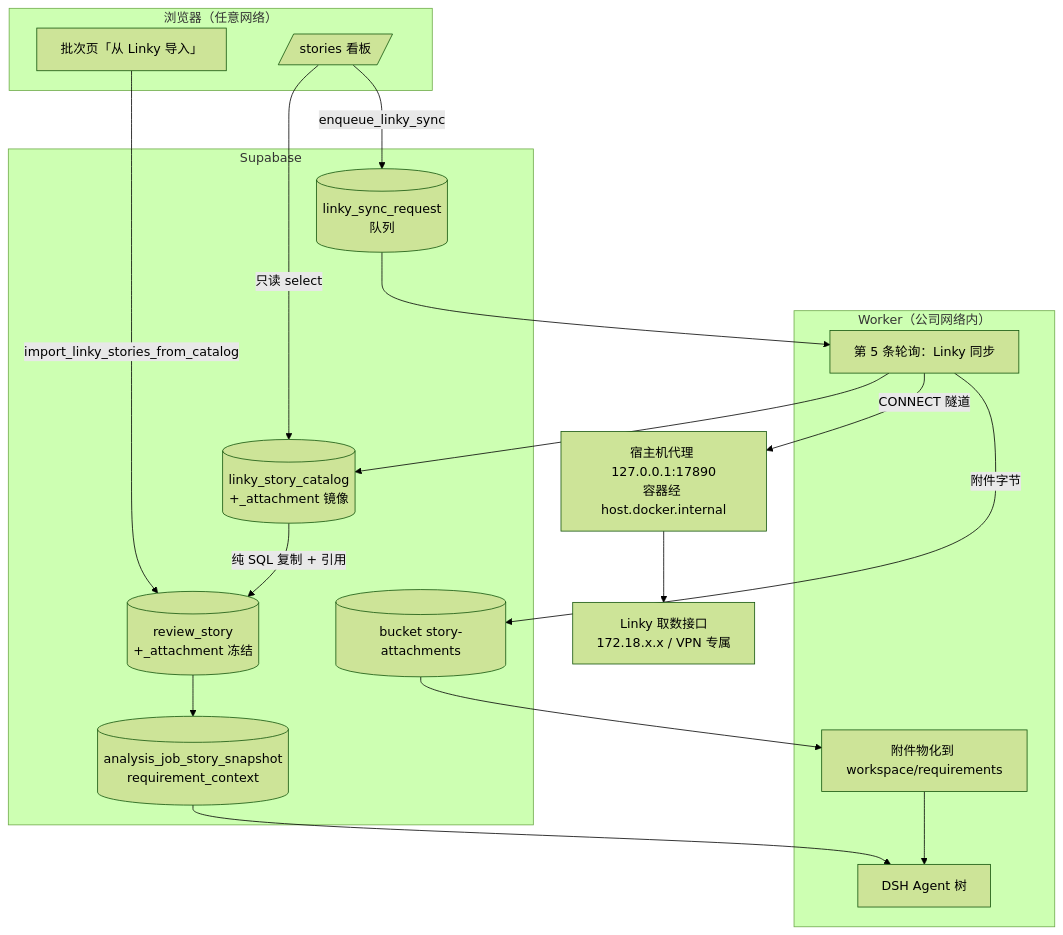
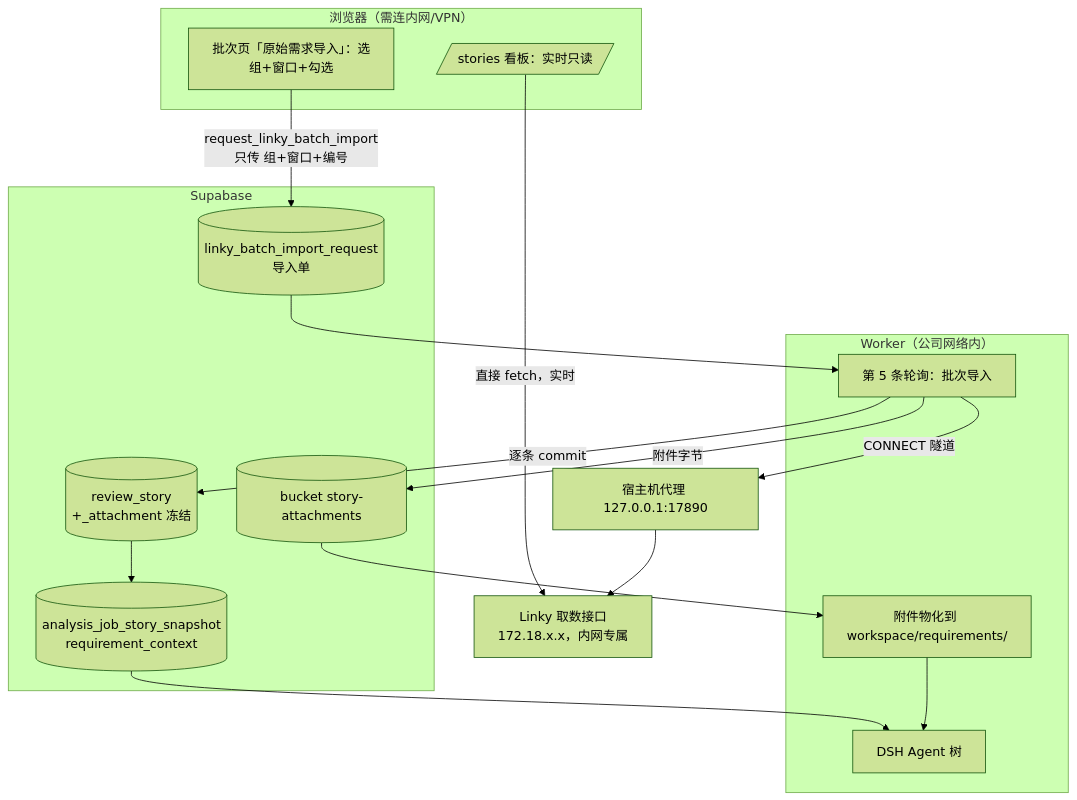
Before and after one commit to xyx1028/codeReviewPlatform: the diagram in 代码评审平台需求文档/V1.20-用户故事直连Linky/需求开发评审一致性平台-V1.20用户故事直连Linky-最终执行方案.md, drawn with Mermaid (forest theme). The commit also changed other lines of this file and 46 other files, not shown here.

````diff
--- a/代码评审平台需求文档/V1.20-用户故事直连Linky/需求开发评审一致性平台-V1.20用户故事直连Linky-最终执行方案.md
+++ b/代码评审平台需求文档/V1.20-用户故事直连Linky/需求开发评审一致性平台-V1.20用户故事直连Linky-最终执行方案.md
@@ -138,32 +128,29 @@
 ```mermaid
 flowchart TD
-  subgraph 浏览器[浏览器（任意网络）]
-    B1[/stories 看板/]
-    B2[批次页「从 Linky 导入」]
+  subgraph 浏览器[浏览器（需连内网/VPN）]
+    B1[/stories 看板：实时只读/]
+    B2[批次页「原始需求导入」：选组+窗口+勾选]
   end
+  LK[Linky 取数接口<br/>172.18.x.x，内网专属]
   subgraph SB[Supabase]
-    Q[(linky_sync_request<br/>队列)]
-    C[(linky_story_catalog<br/>+_attachment 镜像)]
+    Q[(linky_batch_import_request<br/>导入单)]
+    R[(review_story<br/>+_attachment 冻结)]
     ST[(bucket story-attachments)]
-    R[(review_story<br/>+_attachment 冻结)]
     FZ[(analysis_job_story_snapshot<br/>requirement_context)]
   end
   subgraph WK[Worker（公司网络内）]
-    L5[第 5 条轮询：Linky 同步]
-    MT[附件物化到 workspace/requirements]
+    L5[第 5 条轮询：批次导入]
+    MT[附件物化到 workspace/requirements/]
     AG[DSH Agent 树]
   end
-  LK[Linky 取数接口<br/>172.18.x.x / VPN 专属]
-  PX[宿主机代理 127.0.0.1:17890<br/>容器经 host.docker.internal]
+  PX[宿主机代理 127.0.0.1:17890]
 
-  B1 -->|只读 select| C
-  B1 -->|enqueue_linky_sync| Q
-  B2 -->|import_linky_stories_from_catalog| R
+  B1 -->|直接 fetch，实时| LK
+  B2 -->|request_linky_batch_import<br/>只传 组+窗口+编号| Q
   Q --> L5
   L5 -->|CONNECT 隧道| PX --> LK
-  L5 --> C
+  L5 -->|逐条 commit| R
   L5 -->|附件字节| ST
-  C -->|纯 SQL 复制 + 引用| R
   R --> FZ --> AG
   ST --> MT --> AG
 ```
````
